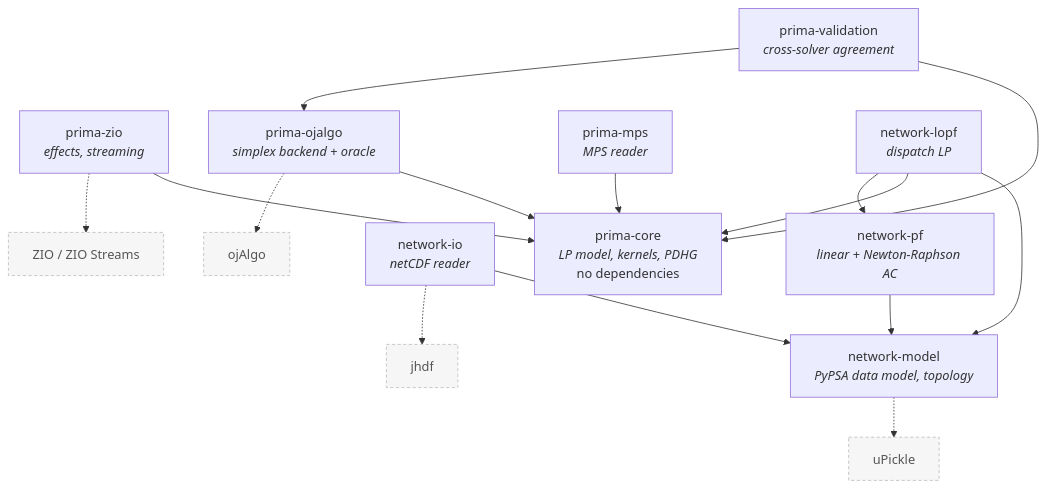
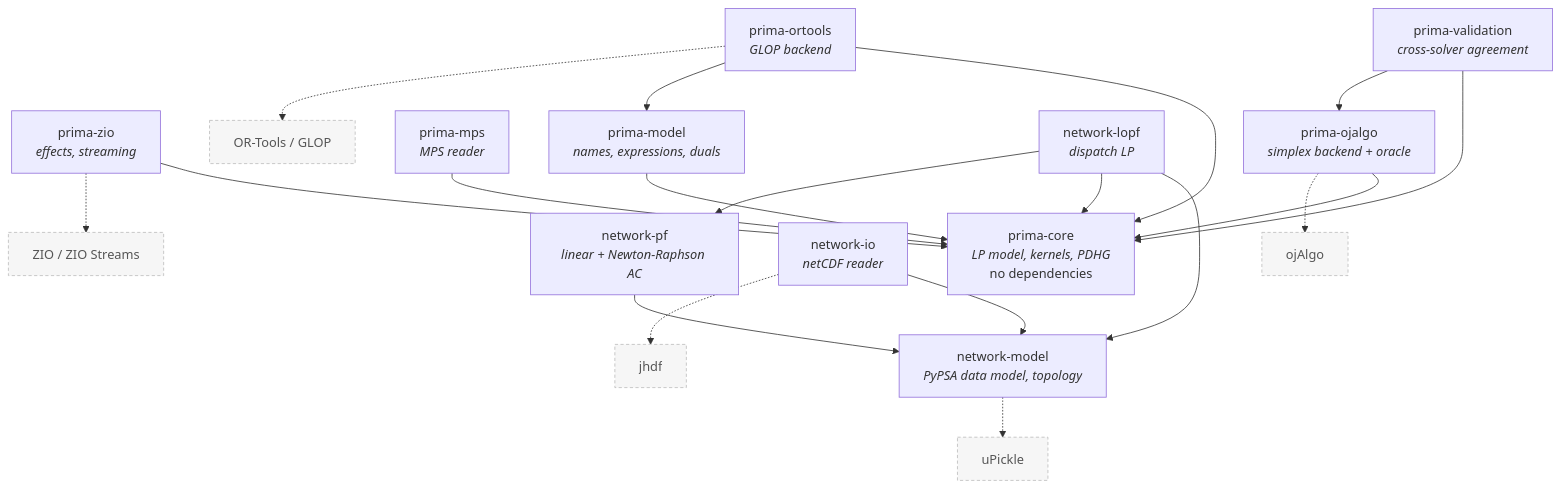
Before and after one commit to oluies/noaidi: the first of 6 diagrams in ARCHITECTURE.md, drawn with Mermaid. The commit also changed other lines of this file and 12 other files, not shown here.

````diff
--- a/ARCHITECTURE.md
+++ b/ARCHITECTURE.md
@@ -33,35 +33,42 @@
 ```mermaid
 graph TD
     primaCore["prima-core<br/><i>LP model, kernels, PDHG</i><br/>no dependencies"]
     primaZio["prima-zio<br/><i>effects, streaming</i>"]
     primaOjalgo["prima-ojalgo<br/><i>simplex backend + oracle</i>"]
     primaValidation["prima-validation<br/><i>cross-solver agreement</i>"]
     primaMps["prima-mps<br/><i>MPS reader</i>"]
+    primaModel["prima-model<br/><i>names, expressions, duals</i>"]
+    primaOrtools["prima-ortools<br/><i>GLOP backend</i>"]
 
     networkModel["network-model<br/><i>PyPSA data model, topology</i>"]
     networkLopf["network-lopf<br/><i>dispatch LP</i>"]
     networkPf["network-pf<br/><i>linear + Newton-Raphson AC</i>"]
     networkIo["network-io<br/><i>netCDF reader</i>"]
 
     zioLib["ZIO / ZIO Streams"]:::ext
     ojalgoLib["ojAlgo"]:::ext
     upickleLib["uPickle"]:::ext
     jhdfLib["jhdf"]:::ext
+    ortoolsLib["OR-Tools / GLOP"]:::ext
 
     primaZio --> primaCore
     primaOjalgo --> primaCore
     primaValidation --> primaCore
     primaValidation --> primaOjalgo
     primaMps --> primaCore
+    primaModel --> primaCore
+    primaOrtools --> primaCore
+    primaOrtools --> primaModel
     networkLopf --> networkModel
     networkLopf --> primaCore
     networkLopf --> networkPf
     networkPf --> networkModel
     networkIo --> networkModel
     primaZio -.-> zioLib
     primaOjalgo -.-> ojalgoLib
     networkModel -.-> upickleLib
     networkIo -.-> jhdfLib
+    primaOrtools -.-> ortoolsLib
 
     classDef ext fill:#f6f6f6,stroke:#bbb,stroke-dasharray:4 3,color:#555;
 ```
````
